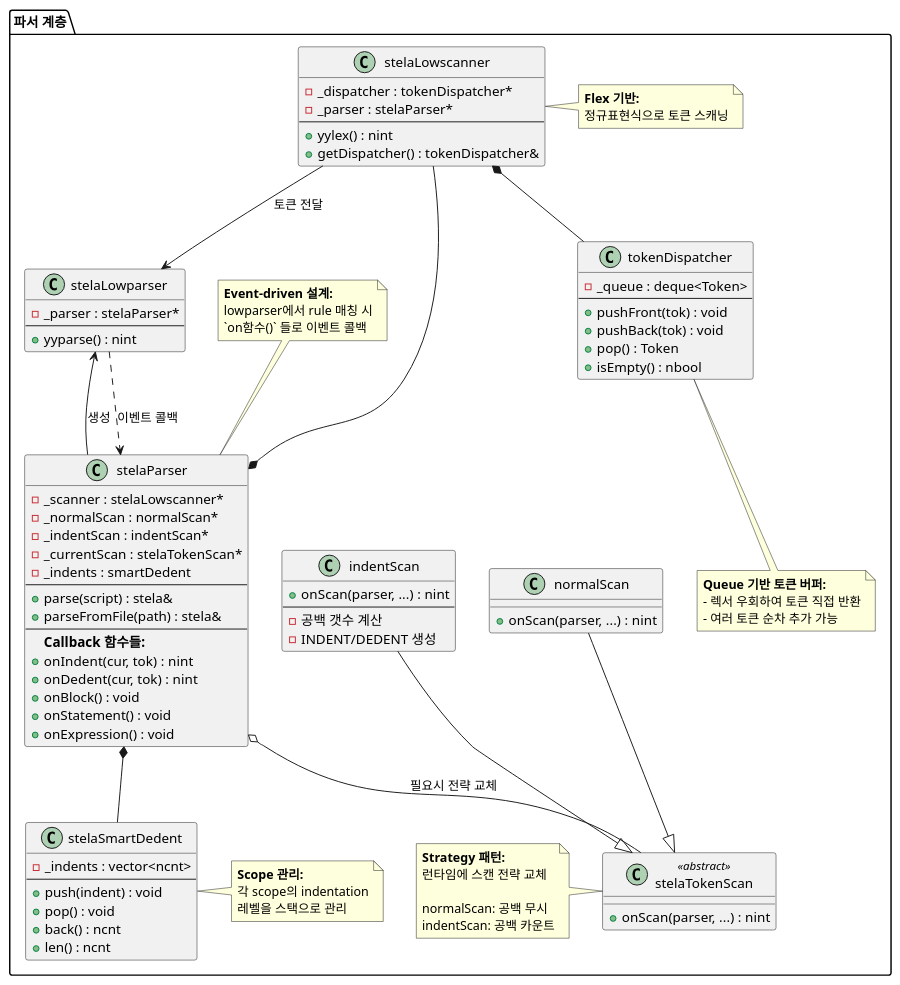
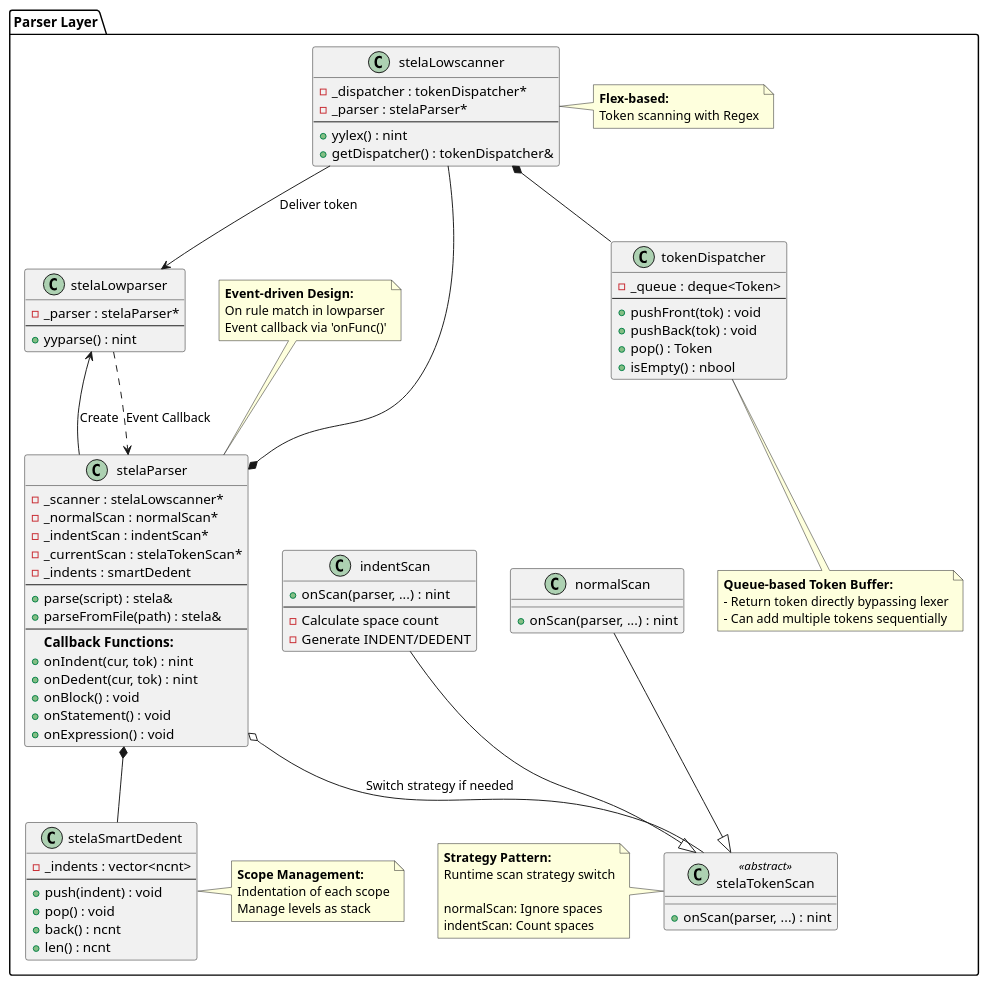
The third of 4 diagrams in doc/ref/ko/ah-architecture-stela.md (byeolang/byeol), drawn with PlantUML before and after one commit. The commit also changed other lines of this file and 5 other files, not shown here.

First line of the commit message:
docs: translate Korean to English in PlantUML blocks

```diff
--- a/doc/ref/ko/ah-architecture-stela.md
+++ b/doc/ref/ko/ah-architecture-stela.md
@@ -262,5 +262,5 @@
 @startuml
-package "파서 계층" {
+package "Parser Layer" {
     class "stelaParser" as stelaParser {
         - _scanner : stelaLowscanner*
         - _normalScan : normalScan*
@@ -271,7 +271,7 @@
         + parse(script) : stela&
         + parseFromFile(path) : stela&
         ---
-        <b>Callback 함수들:</b>
+        <b>Callback Functions:</b>
         + onIndent(cur, tok) : nint
         + onDedent(cur, tok) : nint
         + onBlock() : void
@@ -313,8 +313,8 @@
     class "indentScan" as indentScan {
         + onScan(parser, ...) : nint
         ---
-        - 공백 갯수 계산
-        - INDENT/DEDENT 생성
+        - Calculate space count
+        - Generate INDENT/DEDENT
     }
 
     class "stelaSmartDedent" as smartDedent {
@@ -327,46 +327,46 @@
     }
 
     note top of stelaParser
-      <b>Event-driven 설계:</b>
-      lowparser에서 rule 매칭 시
-      `on함수()` 들로 이벤트 콜백
+      <b>Event-driven Design:</b>
+      On rule match in lowparser
+      Event callback via 'onFunc()'
     end note
 
     note right of scanner
-      <b>Flex 기반:</b>
-      정규표현식으로 토큰 스캐닝
+      <b>Flex-based:</b>
+      Token scanning with Regex
     end note
 
     note bottom of dispatcher
-      <b>Queue 기반 토큰 버퍼:</b>
-      - 렉서 우회하여 토큰 직접 반환
-      - 여러 토큰 순차 추가 가능
+      <b>Queue-based Token Buffer:</b>
+      - Return token directly bypassing lexer
+      - Can add multiple tokens sequentially
     end note
 
     note left of tokenScan
-      <b>Strategy 패턴:</b>
-      런타임에 스캔 전략 교체
+      <b>Strategy Pattern:</b>
+      Runtime scan strategy switch
 
-      normalScan: 공백 무시
-      indentScan: 공백 카운트
+      normalScan: Ignore spaces
+      indentScan: Count spaces
     end note
 
     note right of smartDedent
-      <b>Scope 관리:</b>
-      각 scope의 indentation
-      레벨을 스택으로 관리
+      <b>Scope Management:</b>
+      Indentation of each scope
+      Manage levels as stack
     end note
 }
 
 stelaParser *-- scanner
 stelaParser *-- smartDedent
-stelaParser --> parser : 생성
-stelaParser o-- tokenScan : 필요시 전략 교체
+stelaParser --> parser : Create
+stelaParser o-- tokenScan : Switch strategy if needed
 scanner *-- dispatcher
-scanner --> parser : 토큰 전달
+scanner --> parser : Deliver token
 
 normalScan --|> tokenScan
 indentScan --|> tokenScan
 
-parser ..> stelaParser : 이벤트 콜백
+parser ..> stelaParser : Event Callback
 @enduml
```
